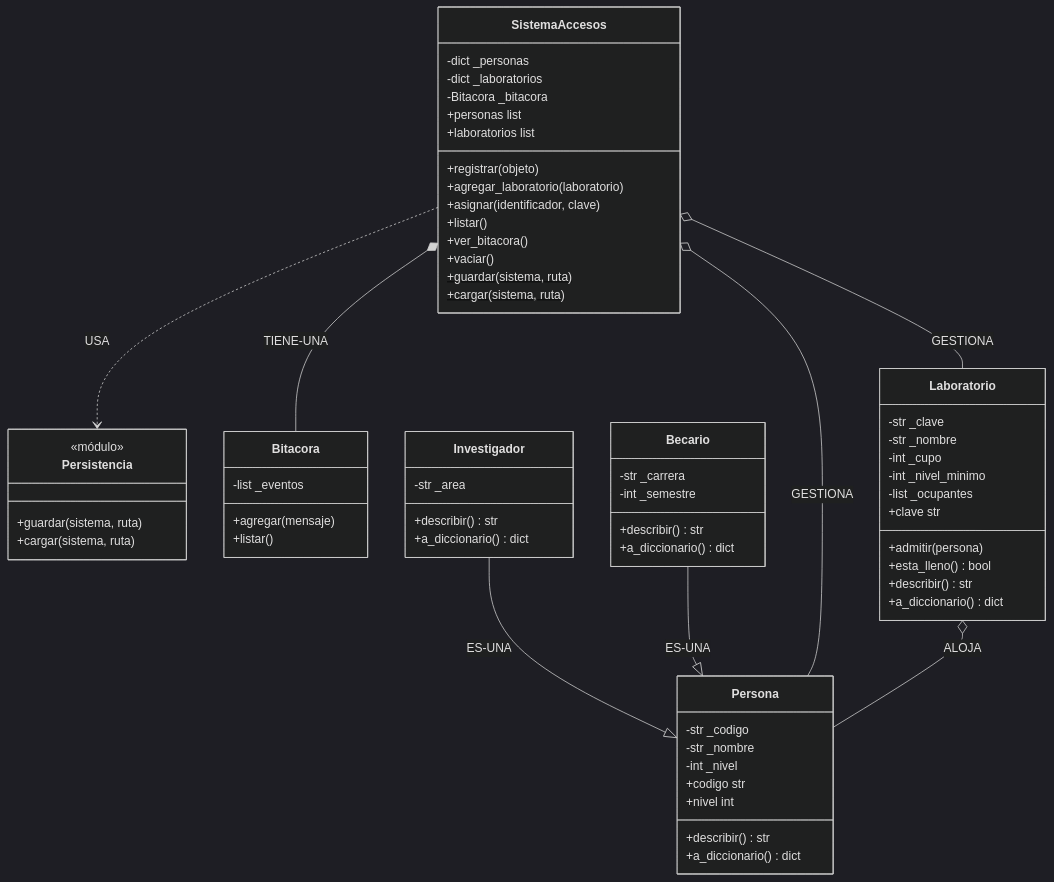
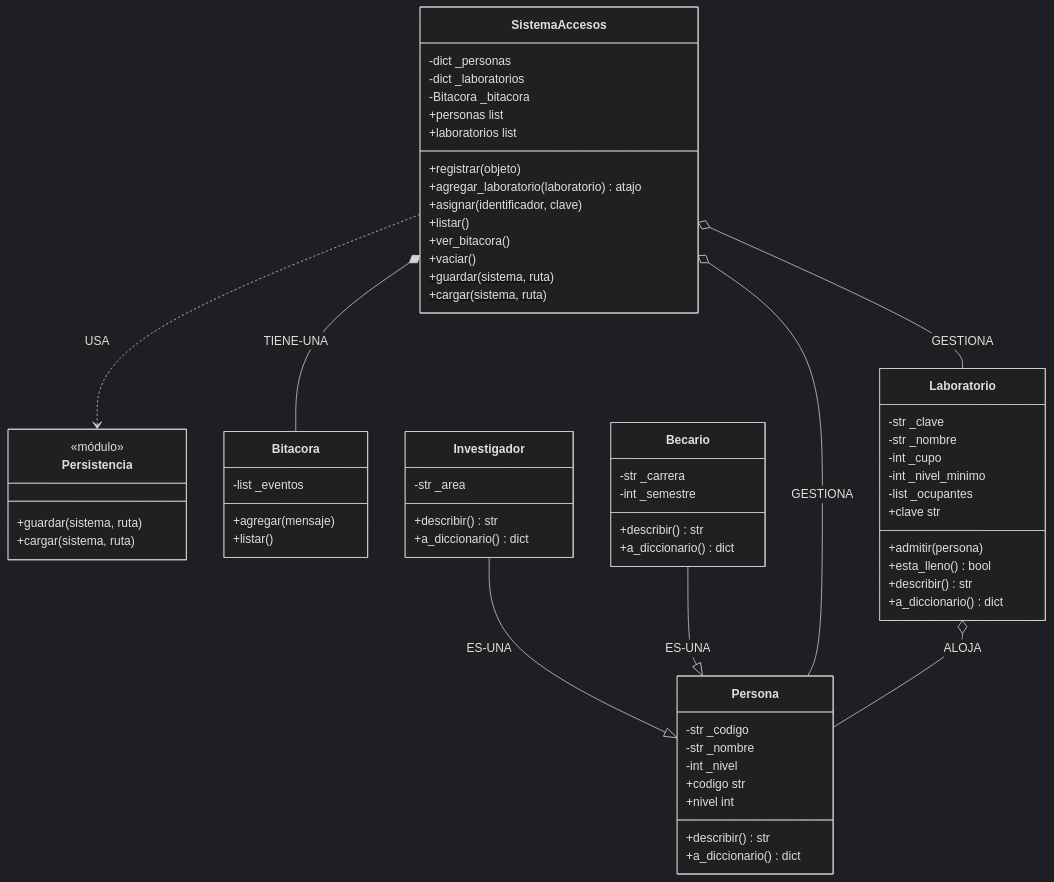
One commit to vincent-net-mx/prog2-2026b-equipo12 changed the diagram in README.md. Above: the diagram before and after it, drawn with Mermaid (dark theme). The commit also changed other lines of this file and 3 other files, not shown here.

````diff
--- a/README.md
+++ b/README.md
@@ -65,76 +65,76 @@
 ```mermaid
 classDiagram
     direction TB
 
     class SistemaAccesos {
         -dict _personas
         -dict _laboratorios
         -Bitacora _bitacora
         +personas list
         +laboratorios list
         +registrar(objeto)
-        +agregar_laboratorio(laboratorio)
+        +agregar_laboratorio(laboratorio) atajo
         +asignar(identificador, clave)
         +listar()
         +ver_bitacora()
         +vaciar()
         +guardar(sistema, ruta)$
         +cargar(sistema, ruta)$
     }
 
     class Persistencia {
         <<módulo>>
         +guardar(sistema, ruta)
         +cargar(sistema, ruta)
     }
 
     class Bitacora {
         -list _eventos
         +agregar(mensaje)
         +listar()
     }
 
     class Persona {
         -str _codigo
         -str _nombre
         -int _nivel
         +codigo str
         +nivel int
         +describir() str
         +a_diccionario() dict
     }
 
     class Investigador {
         -str _area
         +describir() str
         +a_diccionario() dict
     }
 
     class Becario {
         -str _carrera
         -int _semestre
         +describir() str
         +a_diccionario() dict
     }
 
     class Laboratorio {
         -str _clave
         -str _nombre
         -int _cupo
         -int _nivel_minimo
         -list _ocupantes
         +clave str
         +admitir(persona)
         +esta_lleno() bool
         +describir() str
         +a_diccionario() dict
     }
 
     Investigador --|> Persona : ES-UNA
     Becario --|> Persona : ES-UNA
     SistemaAccesos *-- Bitacora : TIENE-UNA
     SistemaAccesos o-- Persona : GESTIONA
     SistemaAccesos o-- Laboratorio : GESTIONA
     Laboratorio o-- Persona : ALOJA
     SistemaAccesos ..> Persistencia : USA
 ```
````
